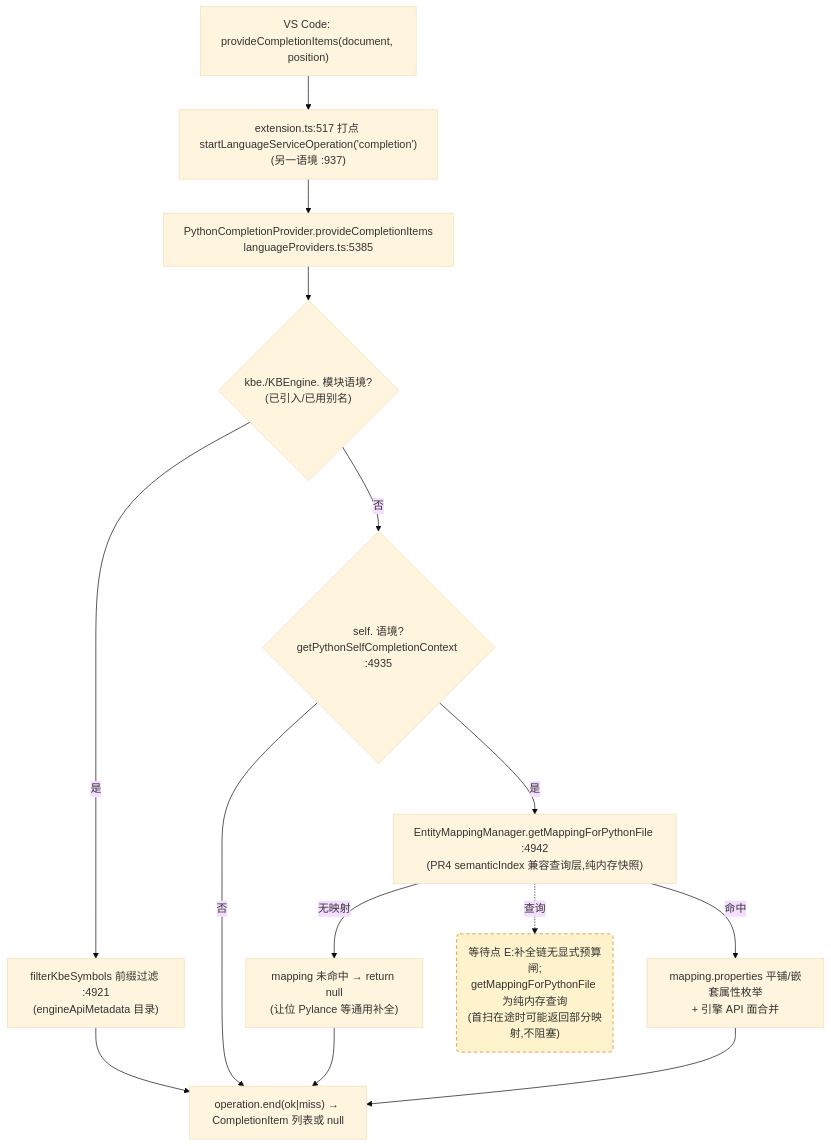
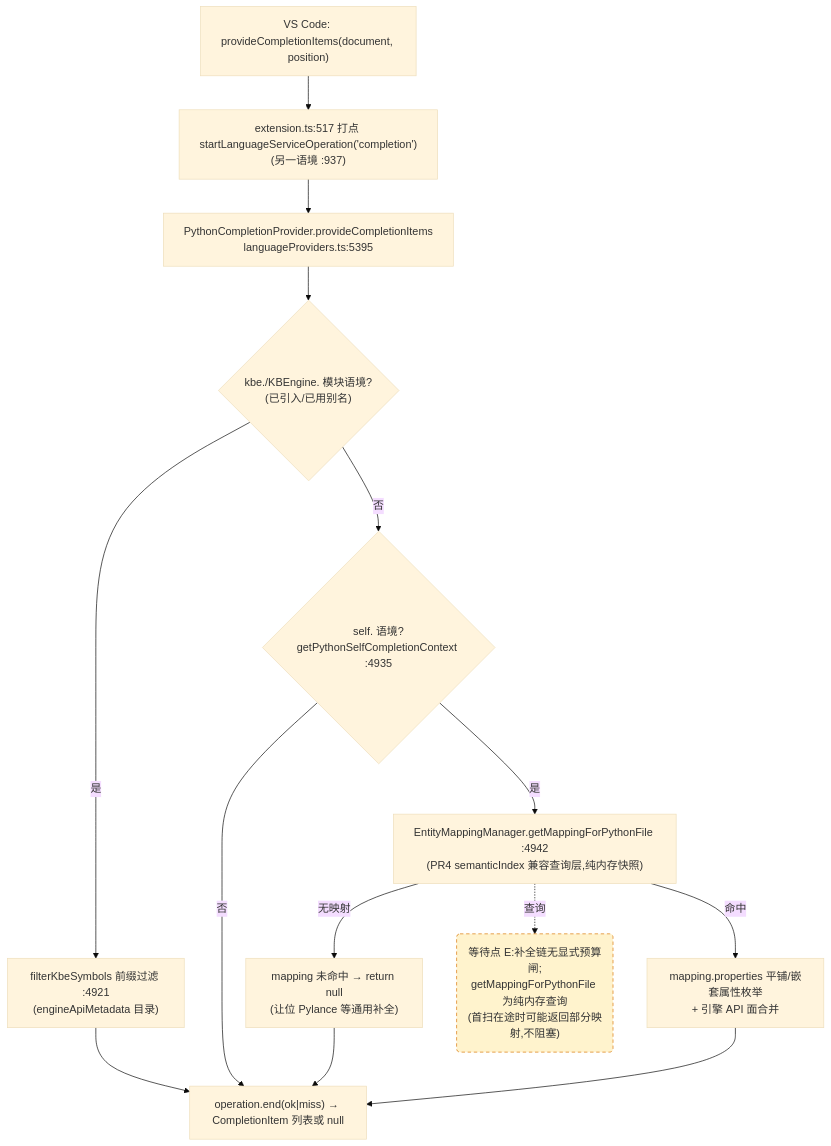
The third of 4 diagrams in docs/perf/2026-baseline.md (cuihairu/kode), drawn with Mermaid (base theme) before and after one commit. The commit also changed other lines of this file and 6 other files, not shown here.

````diff
--- a/docs/perf/2026-baseline.md
+++ b/docs/perf/2026-baseline.md
@@ -184,27 +184,27 @@
 ```mermaid
 flowchart TD
   VC3["VS Code: provideCompletionItems(document, position)"]
   M3["extension.ts:517 打点 startLanguageServiceOperation('completion')<br/>(另一语境 :937)"]
-  CP["PythonCompletionProvider.provideCompletionItems<br/>languageProviders.ts:5385"]
+  CP["PythonCompletionProvider.provideCompletionItems<br/>languageProviders.ts:5395"]
   KBEC{"kbe./KBEngine. 模块语境?<br/>(已引入/已用别名)"}
   FILTER["filterKbeSymbols 前缀过滤 :4921<br/>(engineApiMetadata 目录)"]
   SELFC{"self. 语境?<br/>getPythonSelfCompletionContext :4935"}
   MAP["EntityMappingManager.getMappingForPythonFile :4942<br/>(PR4 semanticIndex 兼容查询层,纯内存快照)"]
   NOMAP["mapping 未命中 → return null<br/>(让位 Pylance 等通用补全)"]
   PROPS["mapping.properties 平铺/嵌套属性枚举<br/>+ 引擎 API 面合并"]
   END3["operation.end(ok|miss) → CompletionItem 列表或 null"]
 
   VC3 --> M3 --> CP --> KBEC
   KBEC -- "是" --> FILTER --> END3
   KBEC -- "否" --> SELFC
   SELFC -- "否" --> END3
   SELFC -- "是" --> MAP
   MAP -- "无映射" --> NOMAP --> END3
   MAP -- "命中" --> PROPS --> END3
 
   WAITE("等待点 E:补全链无显式预算闸;<br/>getMappingForPythonFile 为纯内存查询<br/>(首扫在途时可能返回部分映射,不阻塞)")
   MAP -.->|查询| WAITE
 
   classDef waitPoint fill:#fff3cd,stroke:#d97706,stroke-dasharray:5 4;
   class WAITE waitPoint;
 ```
````
